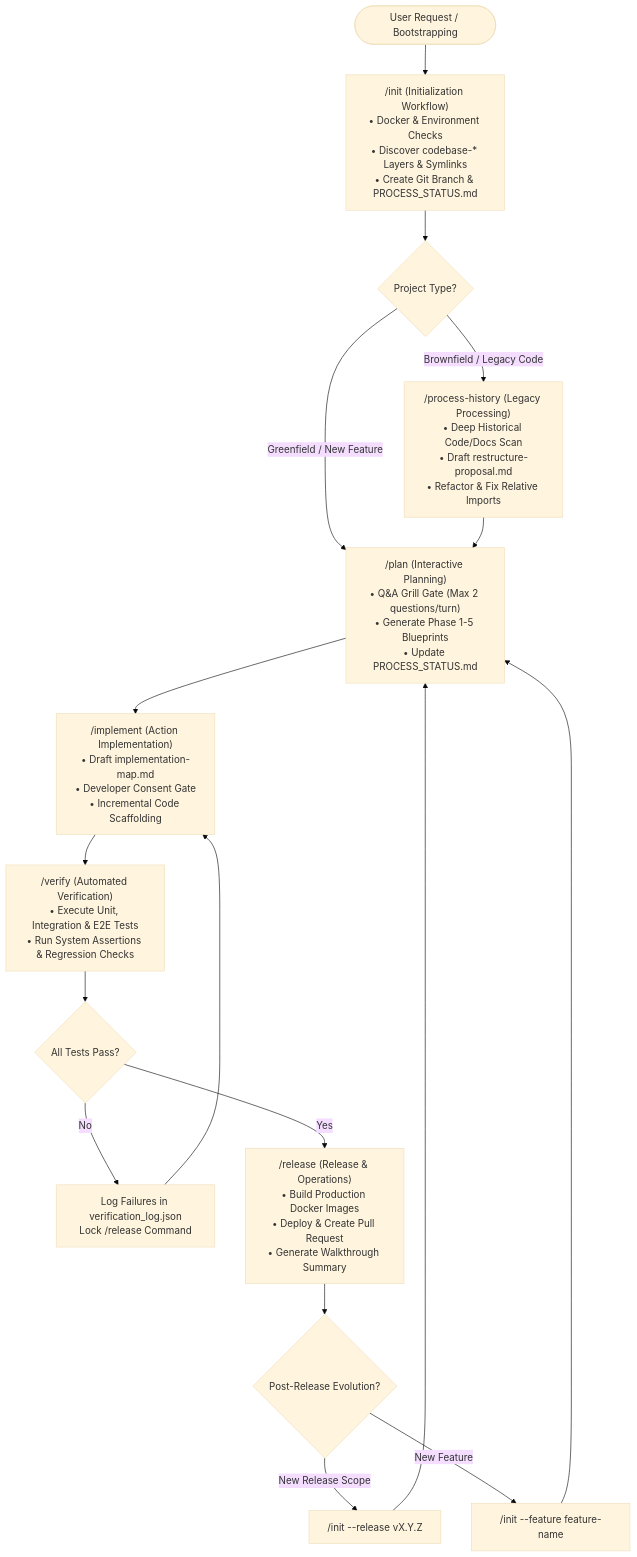
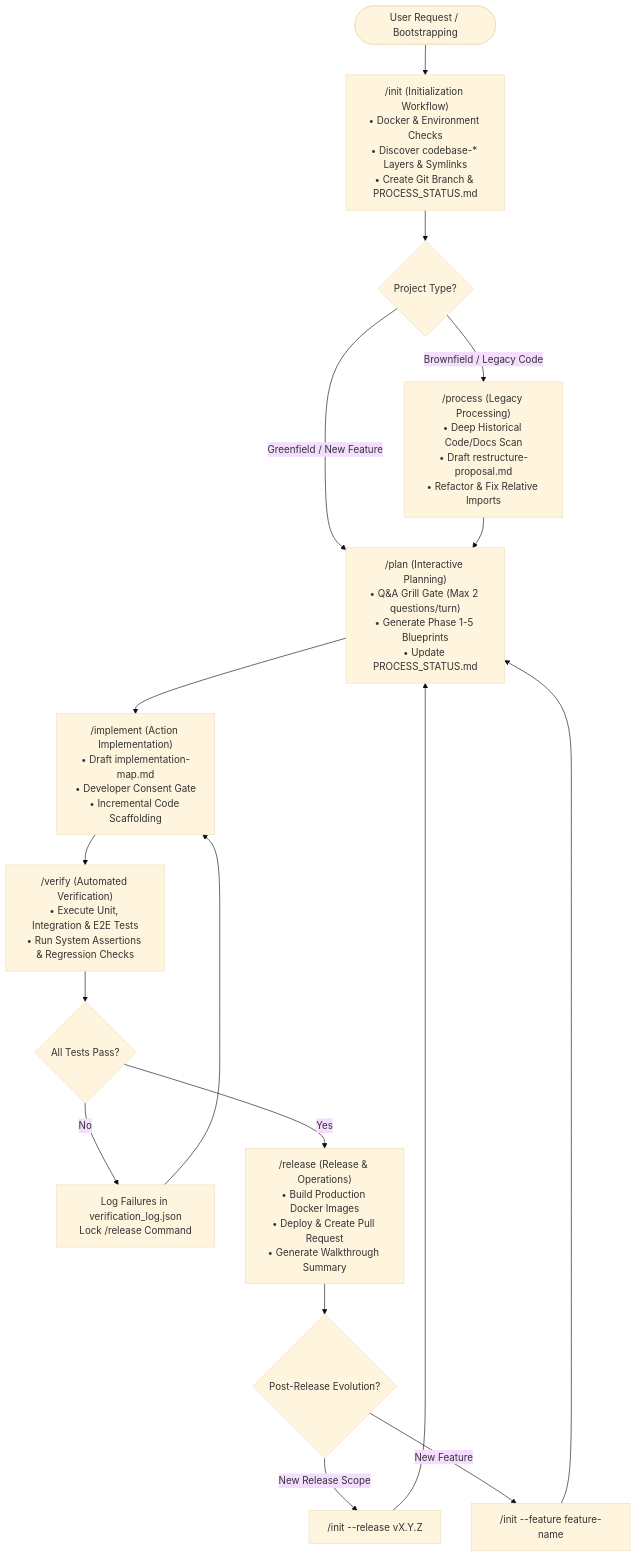
Before and after one commit to hrvthgergo/agent-driven-templates: the diagram in fullstack_software_dev/summary.md, drawn with Mermaid (base theme). The commit also changed other lines of this file and 21 other files, not shown here.

Commit message:
refactor: rename process-history workflow and documentation to process

````diff
--- a/fullstack_software_dev/summary.md
+++ b/fullstack_software_dev/summary.md
@@ -99,24 +99,24 @@
 ```mermaid
 graph TD
     Start([User Request / Bootstrapping]) --> Init["/init (Initialization Workflow)<br/>• Docker & Environment Checks<br/>• Discover codebase-* Layers & Symlinks<br/>• Create Git Branch & PROCESS_STATUS.md"]
     
     Init --> CheckType{Project Type?}
     
-    CheckType -->|Brownfield / Legacy Code| ProcHist["/process-history (Legacy Processing)<br/>• Deep Historical Code/Docs Scan<br/>• Draft restructure-proposal.md<br/>• Refactor & Fix Relative Imports"]
+    CheckType -->|Brownfield / Legacy Code| ProcHist["/process (Legacy Processing)<br/>• Deep Historical Code/Docs Scan<br/>• Draft restructure-proposal.md<br/>• Refactor & Fix Relative Imports"]
     CheckType -->|Greenfield / New Feature| Plan["/plan (Interactive Planning)<br/>• Q&A Grill Gate (Max 2 questions/turn)<br/>• Generate Phase 1-5 Blueprints<br/>• Update PROCESS_STATUS.md"]
     
     ProcHist --> Plan
     
     Plan --> Implement["/implement (Action Implementation)<br/>• Draft implementation-map.md<br/>• Developer Consent Gate<br/>• Incremental Code Scaffolding"]
     
     Implement --> Verify["/verify (Automated Verification)<br/>• Execute Unit, Integration & E2E Tests<br/>• Run System Assertions & Regression Checks"]
     
     Verify --> TestCheck{All Tests Pass?}
     
     TestCheck -->|No| Fix["Log Failures in verification_log.json<br/>Lock /release Command"] --> Implement
     TestCheck -->|Yes| Release["/release (Release & Operations)<br/>• Build Production Docker Images<br/>• Deploy & Create Pull Request<br/>• Generate Walkthrough Summary"]
     
     Release --> Evolve{Post-Release Evolution?}
     Evolve -->|New Release Scope| InitRel["/init --release vX.Y.Z"] --> Plan
     Evolve -->|New Feature| InitFeat["/init --feature feature-name"] --> Plan
 ```
````
